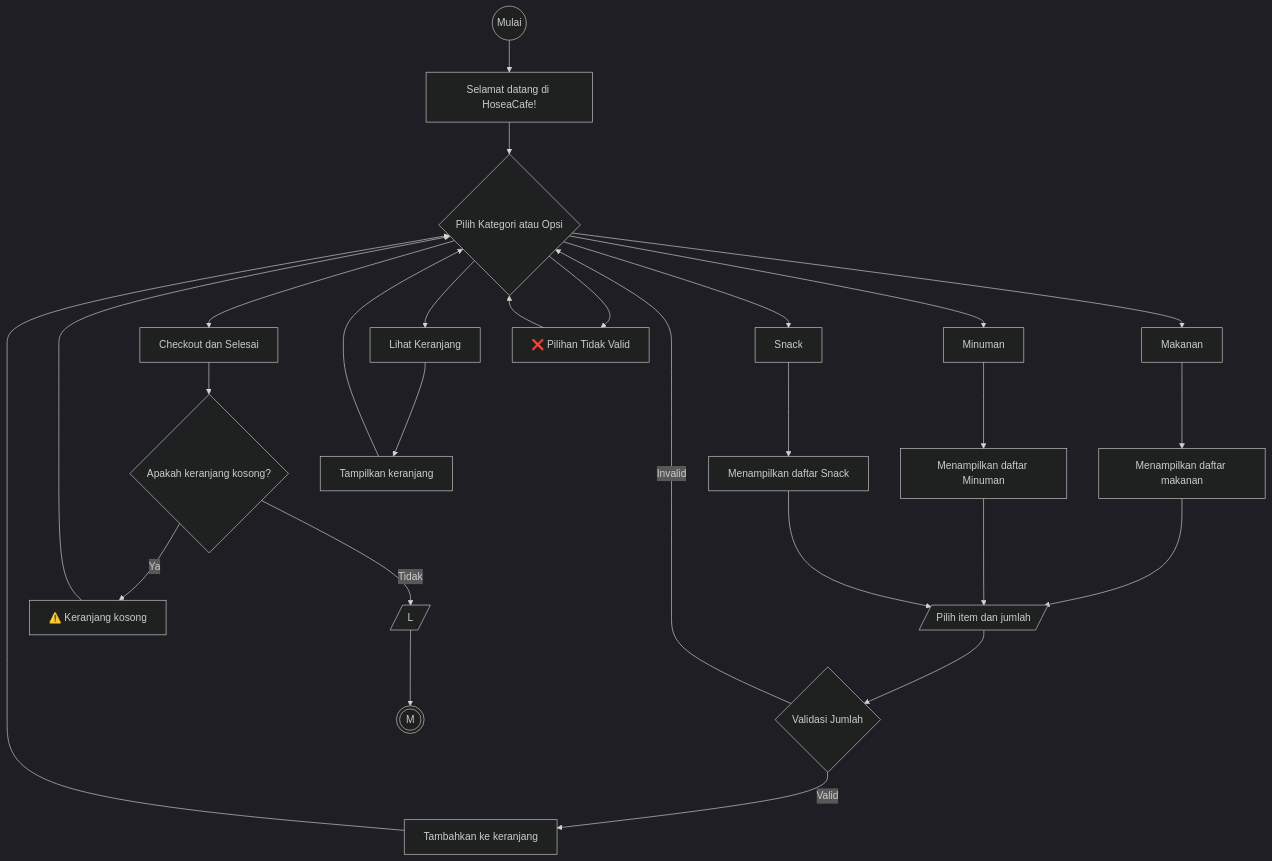
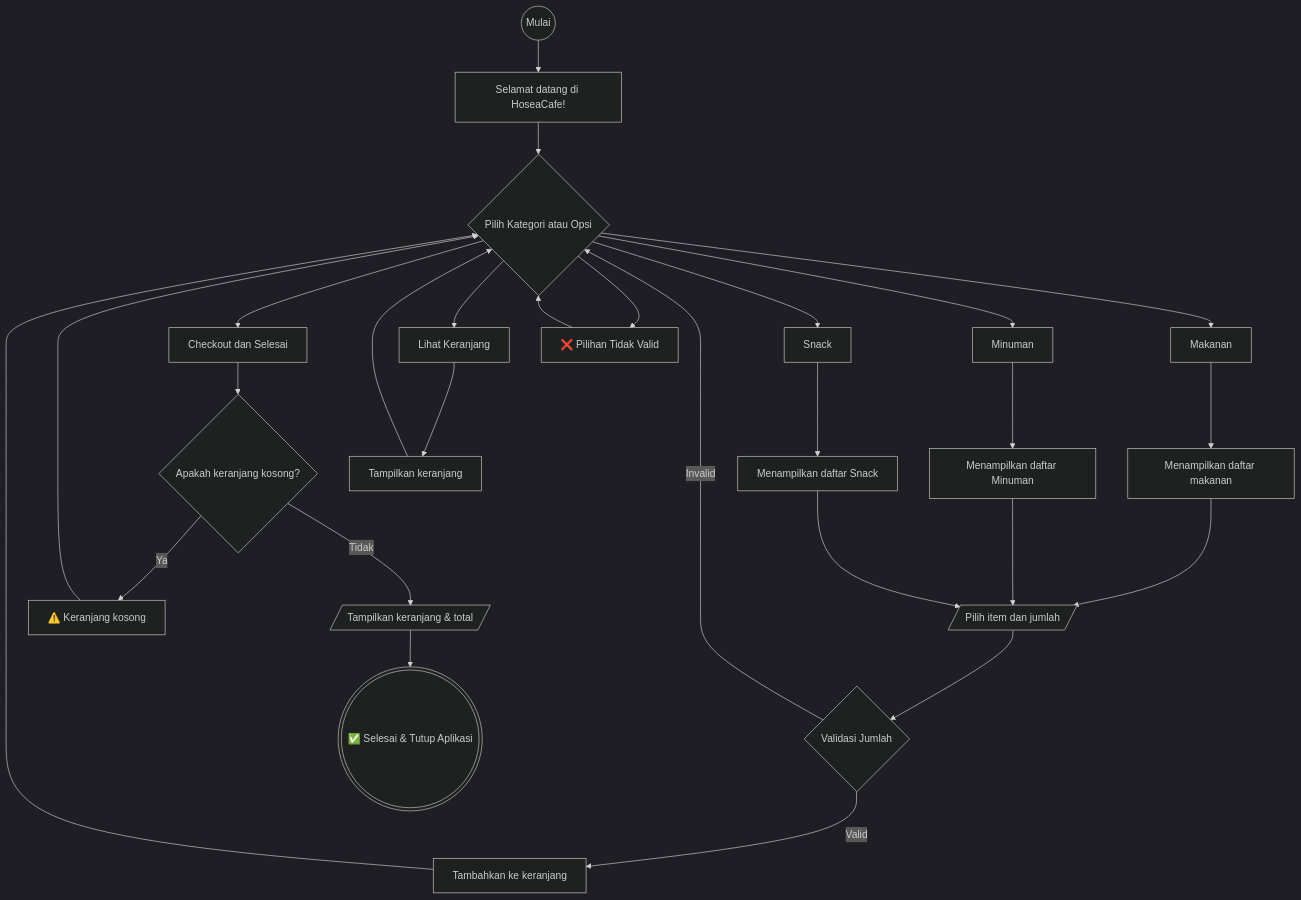
Before and after one commit to HN721/fgo24-weeklytask1: the diagram in Pemesanan.md, drawn with Mermaid (dark theme).

````diff
--- a/Pemesanan.md
+++ b/Pemesanan.md
@@ -1,58 +1,58 @@
 ```mermaid
 
 flowchart TD
     A@{ shape: circle,label: "Mulai"}
     B@{ shape: rectangle, label: "Selamat datang di HoseaCafe!"}
     C@{ shape: diamond,label: "Pilih Kategori atau Opsi"}
     D1@{shape: rectangle, label: "Makanan"}
     D2@{shape: rectangle, label: "Minuman"}
     D3@{shape: rectangle, label: "Snack"}
     D4@{shape: rectangle, label: "Lihat Keranjang"}
     D5@{shape: rectangle, label: "Checkout dan Selesai"}
     D6@{shape: rectangle, label: "❌ Pilihan Tidak Valid"}
    E1@{shape:rectangle, label: "Menampilkan daftar makanan"}
    E2@{shape:rectangle, label: "Menampilkan daftar Minuman"}
    E3@{shape:rectangle, label: "Menampilkan daftar Snack"}
 
    F@{shape: lean-r, label: "Pilih item dan jumlah"}
    G@{shape: diamond, label: "Validasi Jumlah"}
    H@{shape: rectangle, label: "Tambahkan ke keranjang"}
    I@{shape: rectangle, label: "Tampilkan keranjang" }
    J@{shape : diamond, label: "Apakah keranjang kosong?"}
    K@{shape : rectangle ,label: "⚠️ Keranjang kosong"}
-   L@{shape : lean-r , label :"Tampilkan keranjang & total" }
-   M@{shape: dbl-circ, label:"✅ Selesai & Tutup Aplikasi"}
+   L@{shape : lean-r , label : "Tampilkan keranjang & total" }
+   M@{shape: dbl-circ, label: "✅ Selesai & Tutup Aplikasi"}
     A --> B
     B --> C
     C --> D1
     C --> D2
     C --> D3
     C --> D4
     C --> D5
     C --> D6
 
     D1 --> E1
     D2 --> E2
     D3 --> E3
 
     E1 --> F
     E2 --> F
     E3 --> F
 
     F --> G
     G -->|Invalid| C
     G -->|Valid| H
     H --> C
 
     D4 --> I
     I --> C
 
     D5 --> J
     J -->|Ya| K
     K --> C
     J -->|Tidak| L
     L --> M
 
     D6 --> C
 
 ```
````
